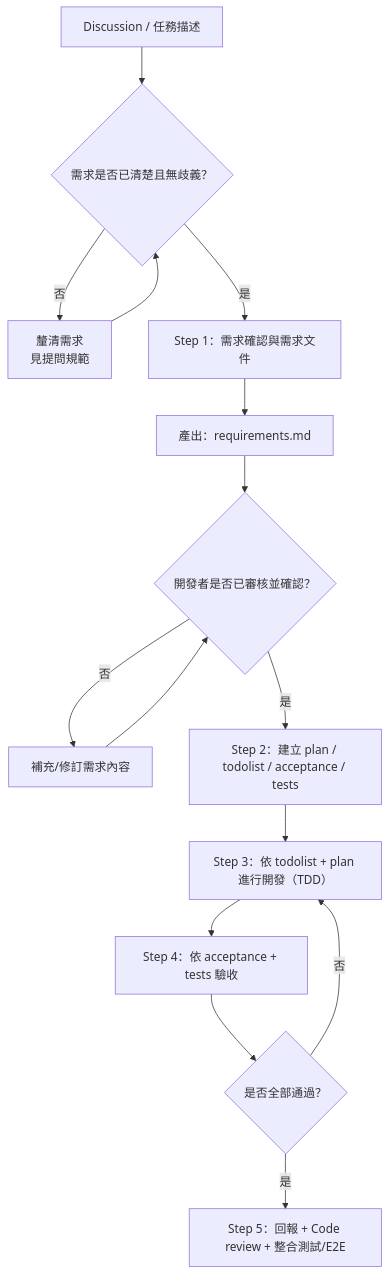
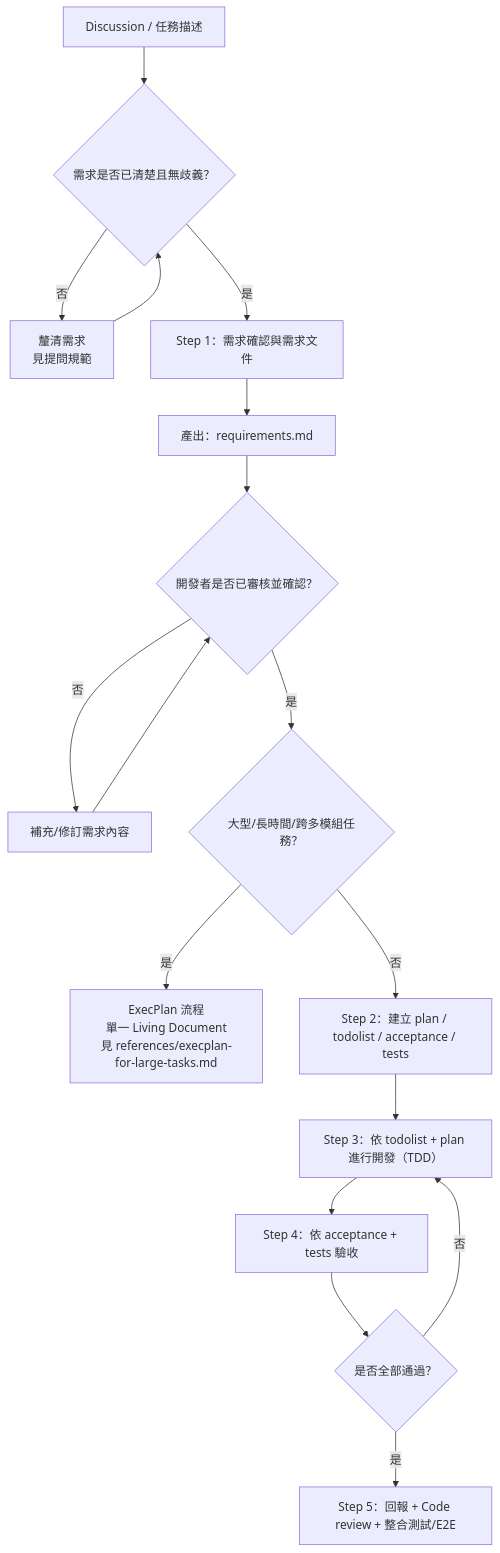
Before and after one commit to bahfahh/eng-skills: the diagram in skills/plan-mode-pro/SKILL.md, drawn with Mermaid. The commit also changed other lines of this file and 7 other files, not shown here.

Commit message:
Refactor<plan mode skills> documentation for writing acceptance criteria, plans, requirements, and tests

````diff
--- a/skills/plan-mode-pro/SKILL.md
+++ b/skills/plan-mode-pro/SKILL.md
@@ -10,17 +10,19 @@
 ```mermaid
 flowchart TD
   A[Discussion / 任務描述] --> B{需求是否已清楚且無歧義？}
   B -- 否 --> C[釐清需求\n見提問規範]
   C --> B
   B -- 是 --> D[Step 1：需求確認與需求文件]
   D --> E[產出：requirements.md]
   E --> F{開發者是否已審核並確認？}
   F -- 否 --> G[補充/修訂需求內容]
   G --> F
-  F -- 是 --> H[Step 2：建立 plan / todolist / acceptance / tests]
+  F -- 是 --> EP{大型/長時間/跨多模組任務？}
+  EP -- 是 --> EPD[ExecPlan 流程\n單一 Living Document\n見 references/execplan-for-large-tasks.md]
+  EP -- 否 --> H[Step 2：建立 plan / todolist / acceptance / tests]
   H --> I[Step 3：依 todolist + plan 進行開發（TDD）]
   I --> J[Step 4：依 acceptance + tests 驗收]
   J --> K{是否全部通過？}
   K -- 否 --> I
   K -- 是 --> L[Step 5：回報 + Code review + 整合測試/E2E]
 ```
````
